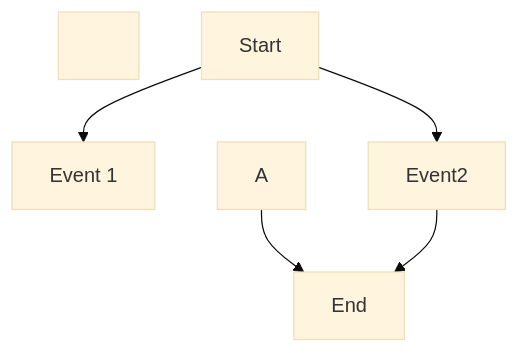
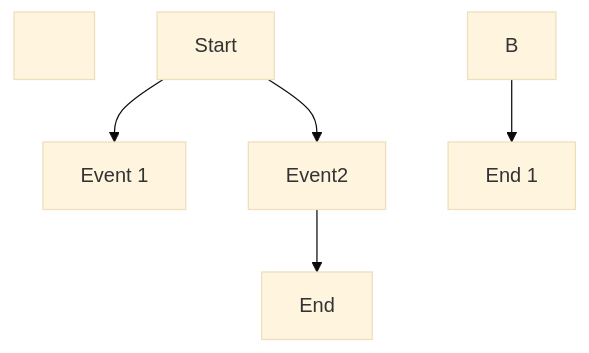
Before and after one commit to LbsLundAW/DiceGame-Examples: the diagram in README.md, drawn with Mermaid (base theme).

````diff
--- a/README.md
+++ b/README.md
@@ -7,13 +7,13 @@
 ```mermaid
 
 flowchart TD;
 
-&nbsp;	Start-->A\[Event 1];
+&nbsp;	Start-->B\["Event 1"];
 
 &nbsp;	Start-->Event2;
 
-&nbsp;	A-->End;
+&nbsp;	B-->End\[End 1];
 
 &nbsp;	Event2-->End;
 
 ```
````
